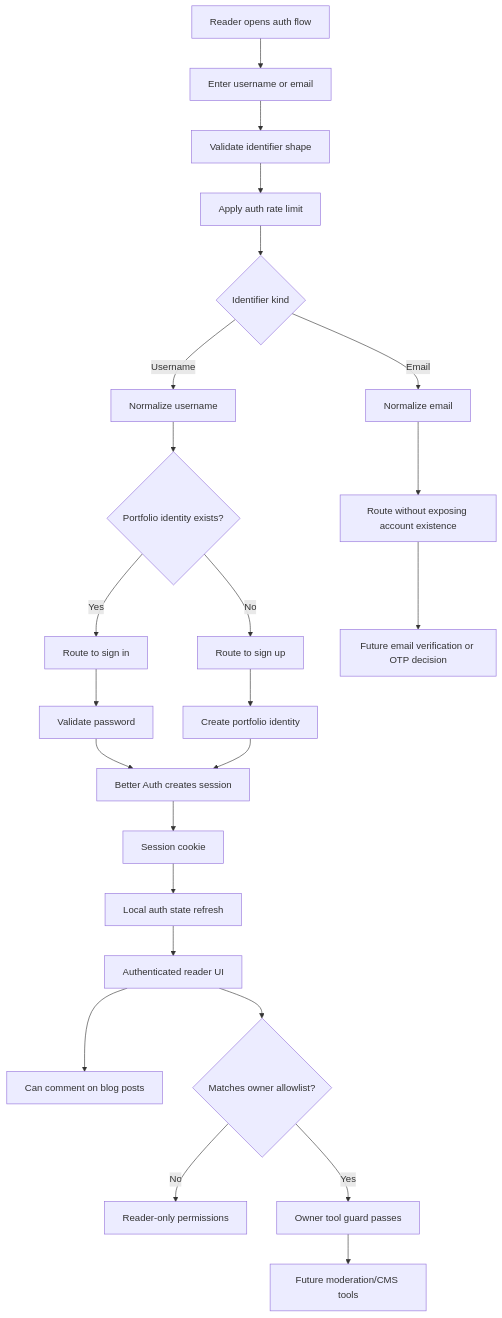
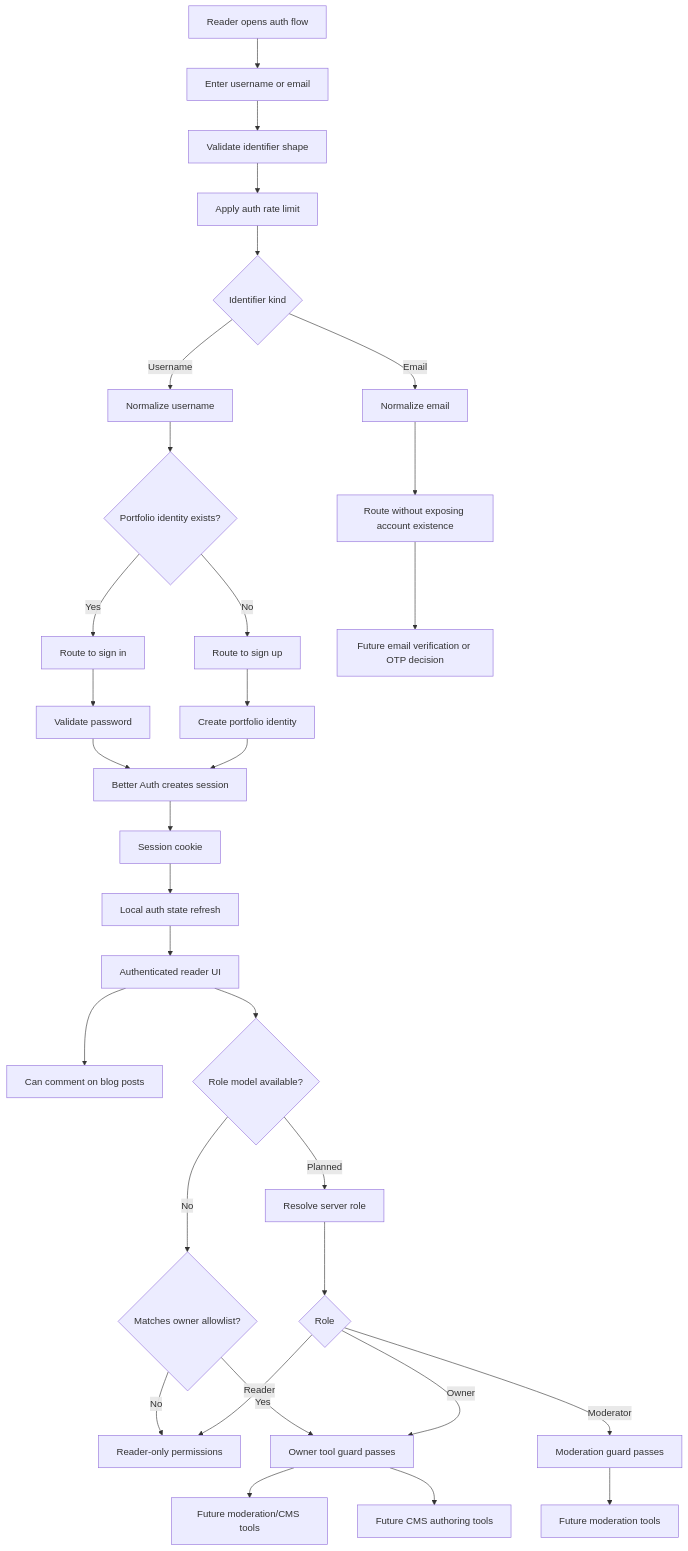
Before and after one commit to TheThouZands/portfolio: the diagram in analysis/design/diagrams/pf-diag-003-auth-identifier-session-flow.md, drawn with Mermaid. The commit also changed other lines of this file and 15 other files, not shown here.

Commit message:
docs(auth): plan role authorization model [KAN-56]

````diff
--- a/analysis/design/diagrams/pf-diag-003-auth-identifier-session-flow.md
+++ b/analysis/design/diagrams/pf-diag-003-auth-identifier-session-flow.md
@@ -22,30 +25,38 @@
 ```mermaid
 flowchart TD
   A["Reader opens auth flow"] --> B["Enter username or email"]
   B --> C["Validate identifier shape"]
   C --> D["Apply auth rate limit"]
   D --> E{"Identifier kind"}
 
   E -->|"Username"| F["Normalize username"]
   F --> G{"Portfolio identity exists?"}
   G -->|"Yes"| H["Route to sign in"]
   G -->|"No"| I["Route to sign up"]
 
   E -->|"Email"| J["Normalize email"]
   J --> K["Route without exposing account existence"]
   K --> L["Future email verification or OTP decision"]
 
   H --> M["Validate password"]
   I --> N["Create portfolio identity"]
   M --> O["Better Auth creates session"]
   N --> O
 
   O --> P["Session cookie"]
   P --> Q["Local auth state refresh"]
   Q --> R["Authenticated reader UI"]
   R --> S["Can comment on blog posts"]
-  R --> T{"Matches owner allowlist?"}
-  T -->|"No"| U["Reader-only permissions"]
-  T -->|"Yes"| V["Owner tool guard passes"]
-  V --> W["Future moderation/CMS tools"]
+  R --> T{"Role model available?"}
+  T -->|"No"| U{"Matches owner allowlist?"}
+  U -->|"No"| V["Reader-only permissions"]
+  U -->|"Yes"| W["Owner tool guard passes"]
+  W --> X["Future moderation/CMS tools"]
+  T -->|"Planned"| Y["Resolve server role"]
+  Y --> Z{"Role"}
+  Z -->|"Reader"| V
+  Z -->|"Moderator"| AA["Moderation guard passes"]
+  Z -->|"Owner"| W
+  AA --> AB["Future moderation tools"]
+  W --> AC["Future CMS authoring tools"]
 ```
````
